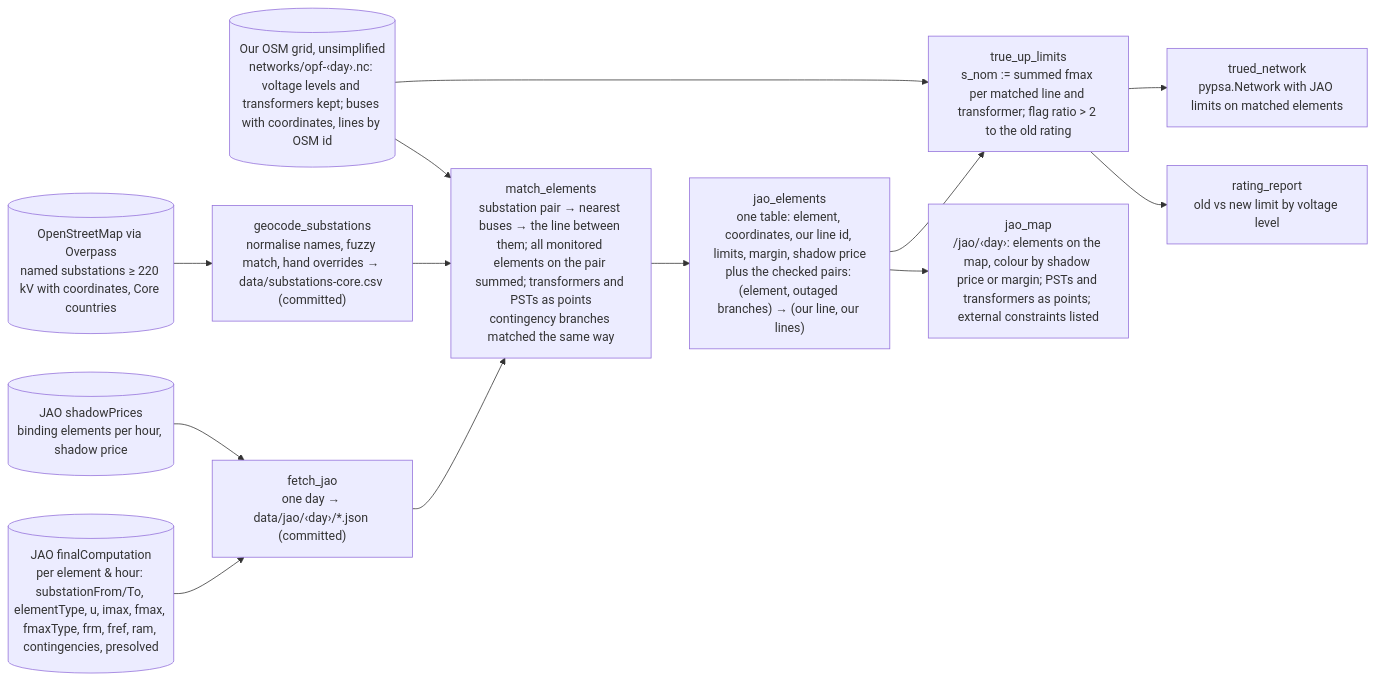
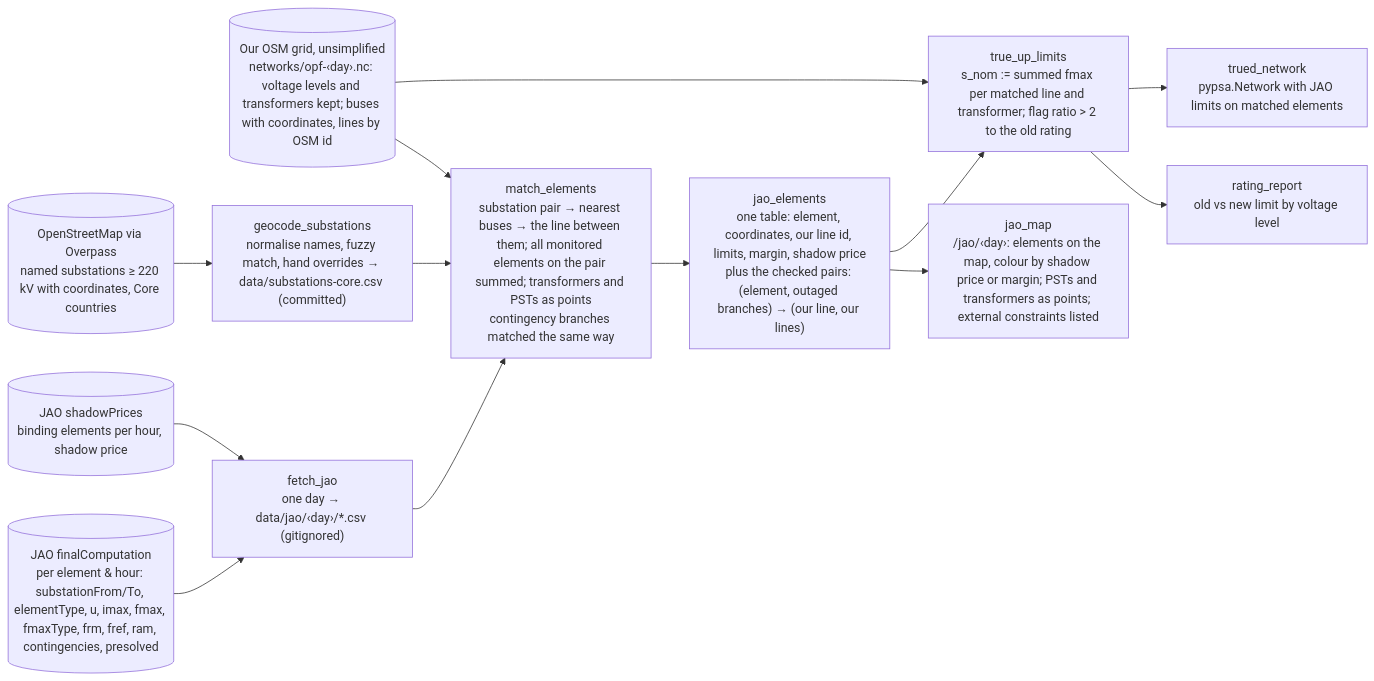
Before and after one commit to zoltanmaric/coppersushi: the diagram in wiki/specs/jao-grid.md, drawn with Mermaid. The commit also changed other lines of this file and 11 other files, not shown here.

````diff
--- a/wiki/specs/jao-grid.md
+++ b/wiki/specs/jao-grid.md
@@ -27,29 +27,29 @@
 ```mermaid
 flowchart LR
 
     jao_fc[("JAO finalComputation<br/>per element & hour: substationFrom/To, elementType, u, imax, fmax, fmaxType, frm, fref, ram, contingencies, presolved")]
     jao_sp[("JAO shadowPrices<br/>binding elements per hour, shadow price")]
     osm_subs[("OpenStreetMap via Overpass<br/>named substations ≥ 220 kV with coordinates, Core countries")]
     grid[("Our OSM grid, unsimplified<br/>networks/opf-‹day›.nc: voltage levels and transformers kept; buses with coordinates, lines by OSM id")]
 
-    fetch["fetch_jao<br/>one day → data/jao/‹day›/*.json (committed)"]
+    fetch["fetch_jao<br/>one day → data/jao/‹day›/*.csv (gitignored)"]
     geocode["geocode_substations<br/>normalise names, fuzzy match, hand overrides → data/substations-core.csv (committed)"]
     match["match_elements<br/>substation pair → nearest buses → the line between them; all monitored elements on the pair summed; transformers and PSTs as points<br/>contingency branches matched the same way"]
     true_up["true_up_limits<br/>s_nom := summed fmax per matched line and transformer; flag ratio &gt; 2 to the old rating"]
 
     elements["jao_elements<br/>one table: element, coordinates, our line id, limits, margin, shadow price<br/>plus the checked pairs: (element, outaged branches) → (our line, our lines)"]
     limits["trued_network<br/>pypsa.Network with JAO limits on matched elements"]
     report["rating_report<br/>old vs new limit by voltage level"]
 
     map["jao_map<br/>/jao/‹day›: elements on the map, colour by shadow price or margin; PSTs and transformers as points; external constraints listed"]
 
     jao_fc --> fetch
     jao_sp --> fetch
     fetch --> match
     osm_subs --> geocode --> match
     grid --> match --> elements
     elements --> map
     elements --> true_up
     grid --> true_up --> limits
     true_up --> report
 ```
````
